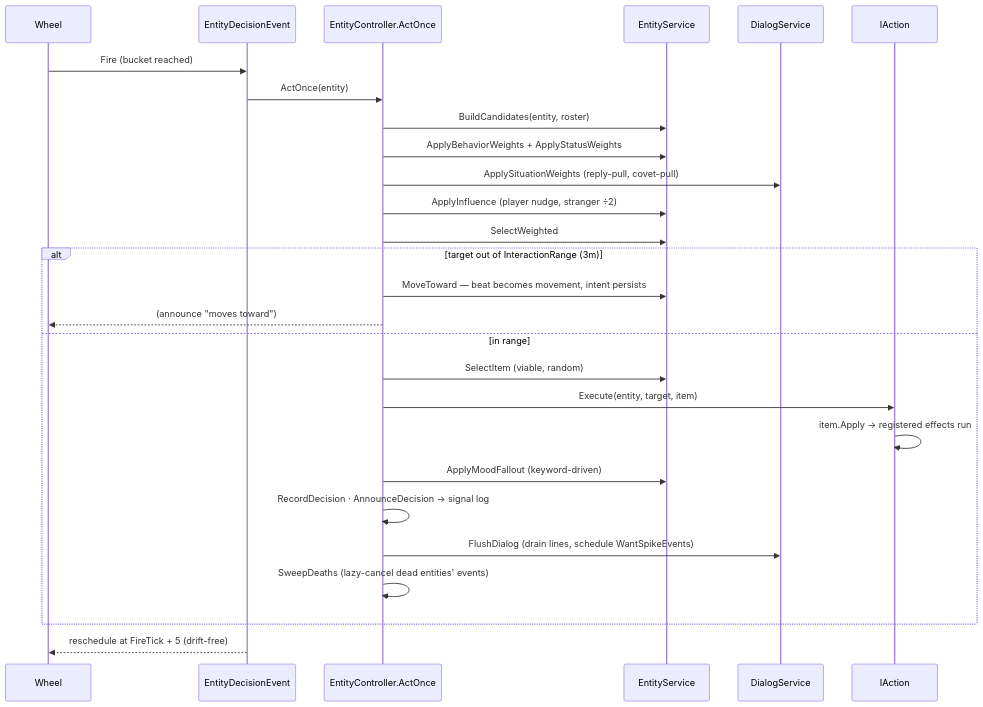
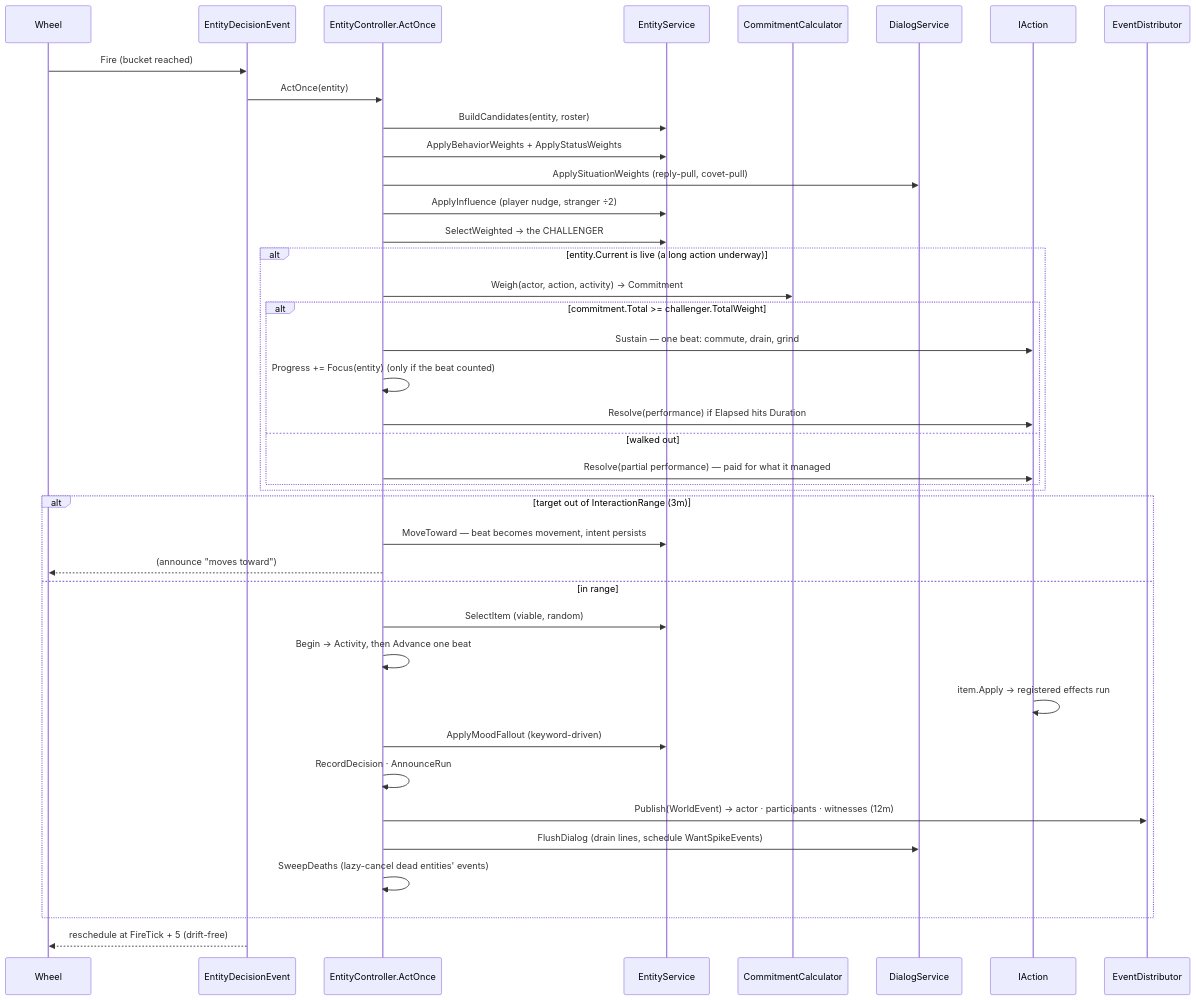
The third of 8 diagrams in STATUS.md (rodent-dev/EntityRestaurantGame), drawn with Mermaid before and after one commit. The commit also changed other lines of this file and 17 other files, not shown here.

````diff
--- a/STATUS.md
+++ b/STATUS.md
@@ -100,30 +100,43 @@
 ```mermaid
 sequenceDiagram
     participant W as Wheel
     participant E as EntityDecisionEvent
     participant C as EntityController.ActOnce
     participant S as EntityService
+    participant K as CommitmentCalculator
     participant D as DialogService
     participant A as IAction
+    participant X as EventDistributor
 
     W->>E: Fire (bucket reached)
     E->>C: ActOnce(entity)
     C->>S: BuildCandidates(entity, roster)
     C->>S: ApplyBehaviorWeights + ApplyStatusWeights
     C->>D: ApplySituationWeights (reply-pull, covet-pull)
     C->>S: ApplyInfluence (player nudge, stranger ÷2)
-    C->>S: SelectWeighted
+    C->>S: SelectWeighted → the CHALLENGER
+    alt entity.Current is live (a long action underway)
+        C->>K: Weigh(actor, action, activity) → Commitment
+        alt commitment.Total >= challenger.TotalWeight
+            C->>A: Sustain — one beat: commute, drain, grind
+            C->>C: Progress += Focus(entity)  (only if the beat counted)
+            C->>A: Resolve(performance) if Elapsed hits Duration
+        else walked out
+            C->>A: Resolve(partial performance) — paid for what it managed
+        end
+    end
     alt target out of InteractionRange (3m)
         C->>S: MoveToward — beat becomes movement, intent persists
         C-->>W: (announce "moves toward")
     else in range
         C->>S: SelectItem (viable, random)
-        C->>A: Execute(entity, target, item)
+        C->>C: Begin → Activity, then Advance one beat
         A->>A: item.Apply → registered effects run
         C->>S: ApplyMoodFallout (keyword-driven)
-        C->>C: RecordDecision · AnnounceDecision → signal log
+        C->>C: RecordDecision · AnnounceRun
+        C->>X: Publish(WorldEvent) → actor · participants · witnesses (12m)
         C->>D: FlushDialog (drain lines, schedule WantSpikeEvents)
         C->>C: SweepDeaths (lazy-cancel dead entities' events)
     end
     E-->>W: reschedule at FireTick + 5 (drift-free)
 ```
````
